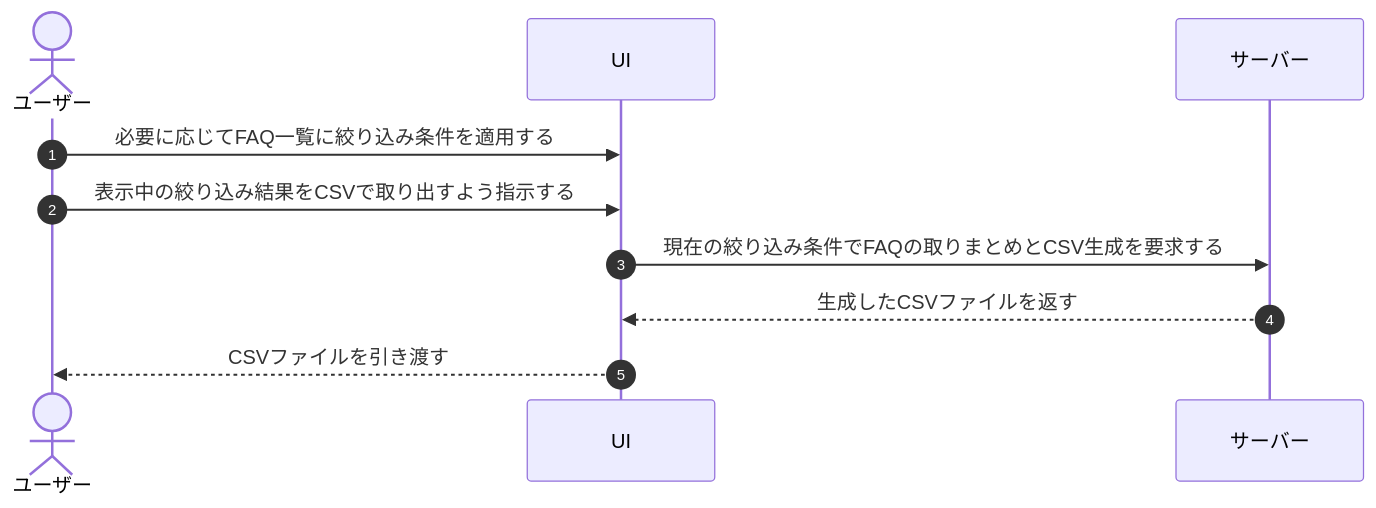
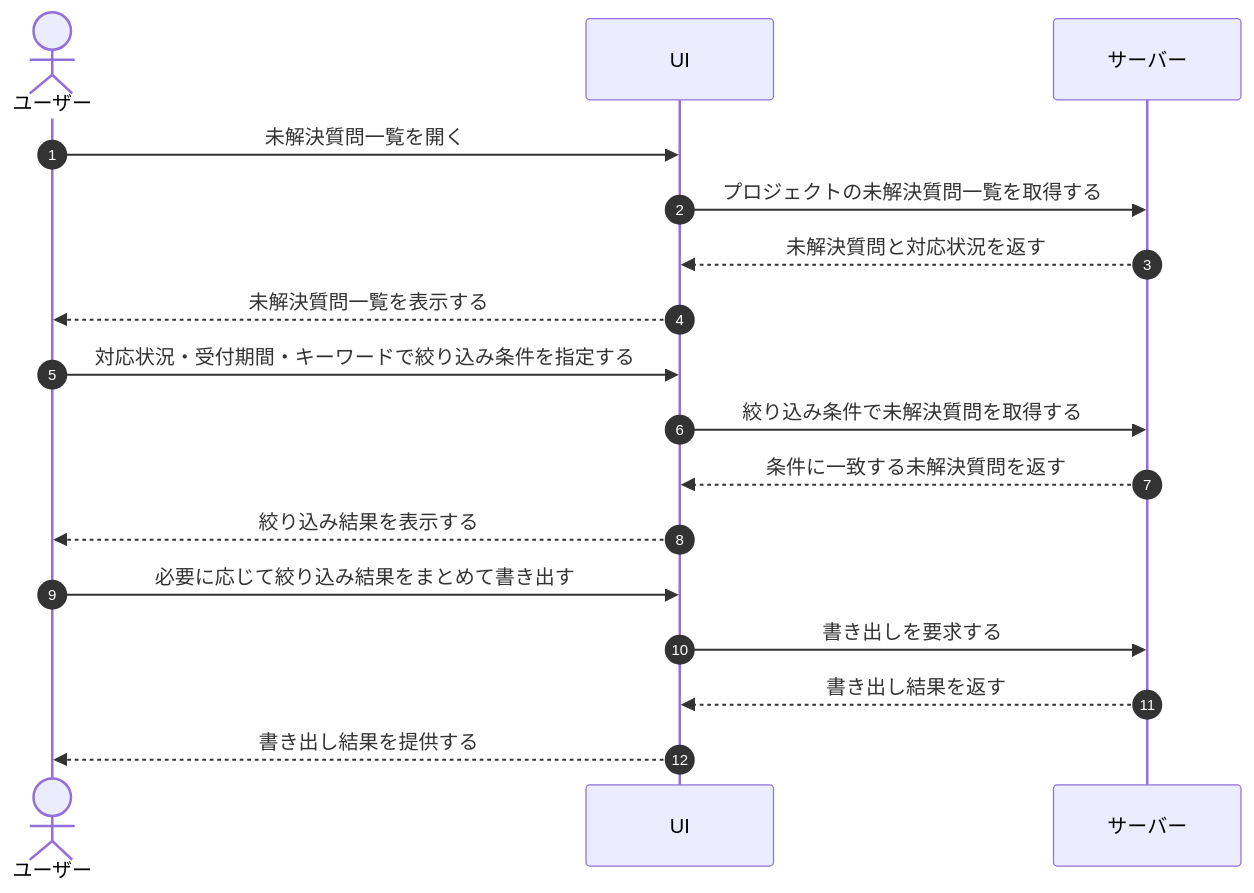
The diagram in 01_requirements/04_business_usecases/UC-029.md (sikakou54/open-faq), drawn with Mermaid before and after one commit. The commit also changed other lines of this file and 395 other files, not shown here.

````diff
--- a/01_requirements/04_business_usecases/UC-029.md
+++ b/01_requirements/04_business_usecases/UC-029.md
@@ -27,13 +25,20 @@
 ```mermaid
 sequenceDiagram
   autonumber
   actor U as ユーザー
   participant UI as UI
   participant S as サーバー
 
-  U->>UI: 必要に応じてFAQ一覧に絞り込み条件を適用する
-  U->>UI: 表示中の絞り込み結果をCSVで取り出すよう指示する
-  UI->>S: 現在の絞り込み条件でFAQの取りまとめとCSV生成を要求する
-  S-->>UI: 生成したCSVファイルを返す
-  UI-->>U: CSVファイルを引き渡す
+  U->>UI: 未解決質問一覧を開く
+  UI->>S: プロジェクトの未解決質問一覧を取得する
+  S-->>UI: 未解決質問と対応状況を返す
+  UI-->>U: 未解決質問一覧を表示する
+  U->>UI: 対応状況・受付期間・キーワードで絞り込み条件を指定する
+  UI->>S: 絞り込み条件で未解決質問を取得する
+  S-->>UI: 条件に一致する未解決質問を返す
+  UI-->>U: 絞り込み結果を表示する
+  U->>UI: 必要に応じて絞り込み結果をまとめて書き出す
+  UI->>S: 書き出しを要求する
+  S-->>UI: 書き出し結果を返す
+  UI-->>U: 書き出し結果を提供する
 ```
````
